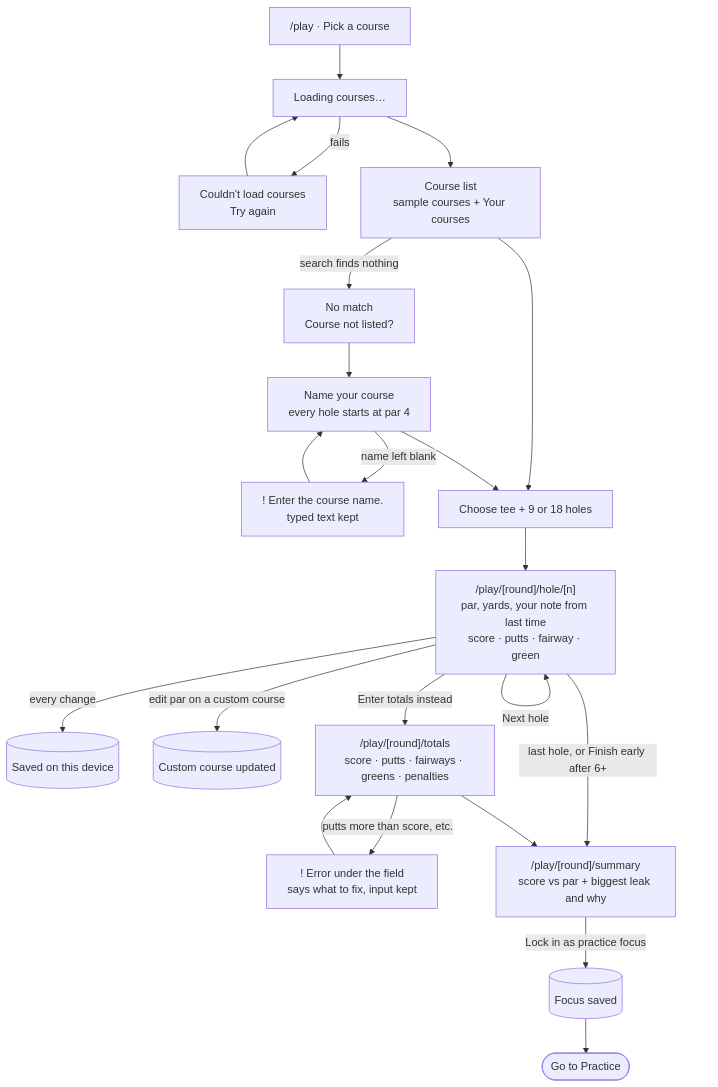
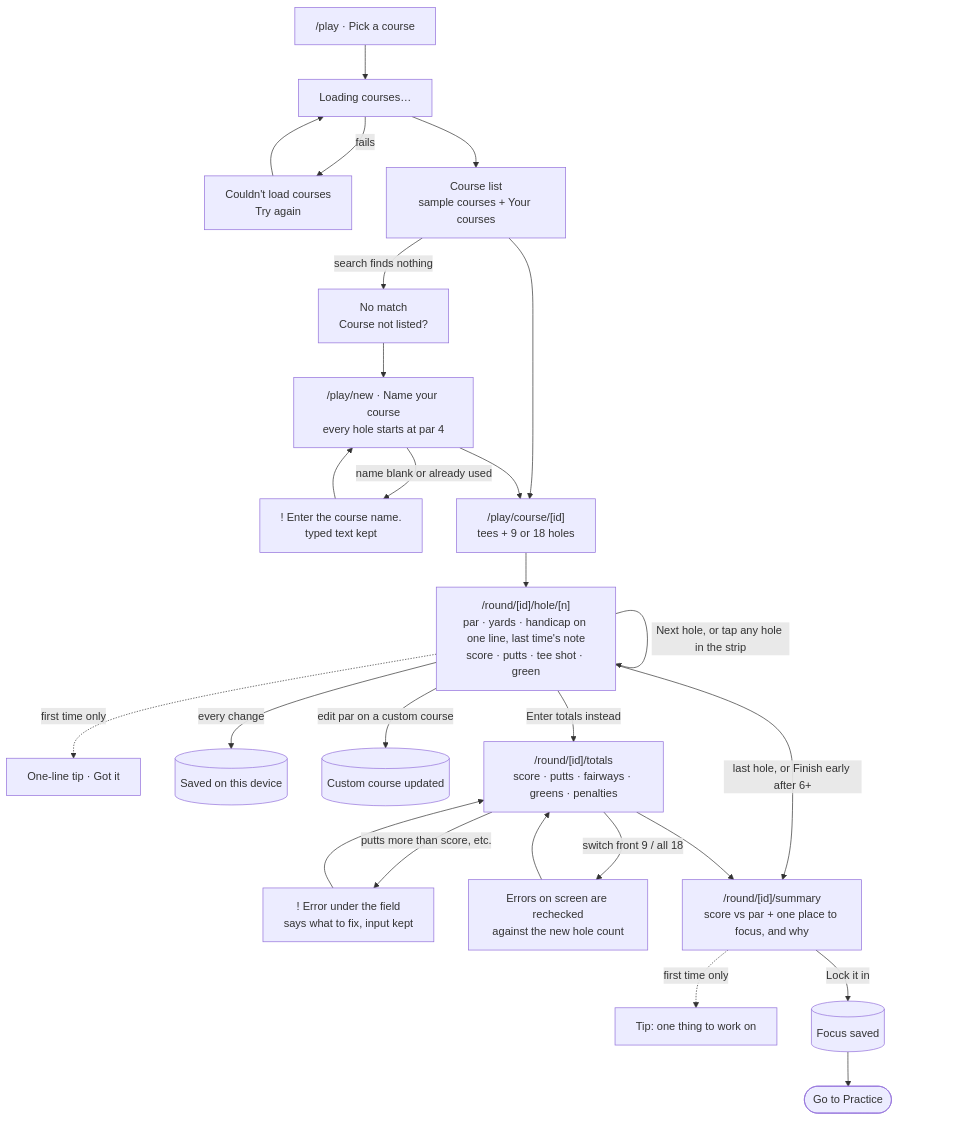
The third of 5 diagrams in README.md (apham799/DesignBuildShip_Assignment3), drawn with Mermaid before and after one commit. The commit also changed other lines of this file and 1 other file, not shown here.

First line of the commit message:
Update flow diagrams for the new onboarding

````diff
--- a/README.md
+++ b/README.md
@@ -42,24 +62,28 @@
 ```mermaid
 flowchart TD
   pick["/play · Pick a course"] --> loading["Loading courses…"]
   loading -- "fails" --> lerr["Couldn't load courses<br/>Try again"]
   lerr --> loading
   loading --> list["Course list<br/>sample courses + Your courses"]
   list -- "search finds nothing" --> empty["No match<br/>Course not listed?"]
-  empty --> custom["Name your course<br/>every hole starts at par 4"]
-  custom -- "name left blank" --> cerr["! Enter the course name.<br/>typed text kept"]
+  empty --> custom["/play/new · Name your course<br/>every hole starts at par 4"]
+  custom -- "name blank or already used" --> cerr["! Enter the course name.<br/>typed text kept"]
   cerr --> custom
-  list --> tee["Choose tee + 9 or 18 holes"]
+  list --> tee["/play/course/[id]<br/>tees + 9 or 18 holes"]
   custom --> tee
-  tee --> hole["/play/[round]/hole/[n]<br/>par, yards, your note from last time<br/>score · putts · fairway · green"]
+  tee --> hole["/round/[id]/hole/[n]<br/>par · yards · handicap on one line, last time's note<br/>score · putts · tee shot · green"]
+  hole -. first time only .-> tip1["One-line tip · Got it"]
   hole -- "every change" --> autosave[("Saved on this device")]
   hole -- "edit par on a custom course" --> cc[("Custom course updated")]
-  hole -- "Next hole" --> hole
-  hole -- "Enter totals instead" --> totals["/play/[round]/totals<br/>score · putts · fairways · greens · penalties"]
+  hole -- "Next hole, or tap any hole in the strip" --> hole
+  hole -- "Enter totals instead" --> totals["/round/[id]/totals<br/>score · putts · fairways · greens · penalties"]
   totals -- "putts more than score, etc." --> terr["! Error under the field<br/>says what to fix, input kept"]
   terr --> totals
-  hole -- "last hole, or Finish early after 6+" --> summary["/play/[round]/summary<br/>score vs par + biggest leak and why"]
+  totals -- "switch front 9 / all 18" --> recheck["Errors on screen are rechecked<br/>against the new hole count"]
+  recheck --> totals
+  hole -- "last hole, or Finish early after 6+" --> summary["/round/[id]/summary<br/>score vs par + one place to focus, and why"]
   totals --> summary
-  summary -- "Lock in as practice focus" --> focus[("Focus saved")]
+  summary -. first time only .-> tip2["Tip: one thing to work on"]
+  summary -- "Lock it in" --> focus[("Focus saved")]
   focus --> plan(["Go to Practice"])
 ```
````
